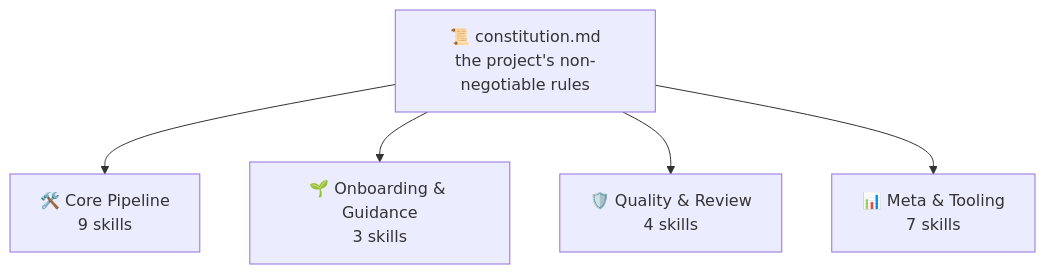
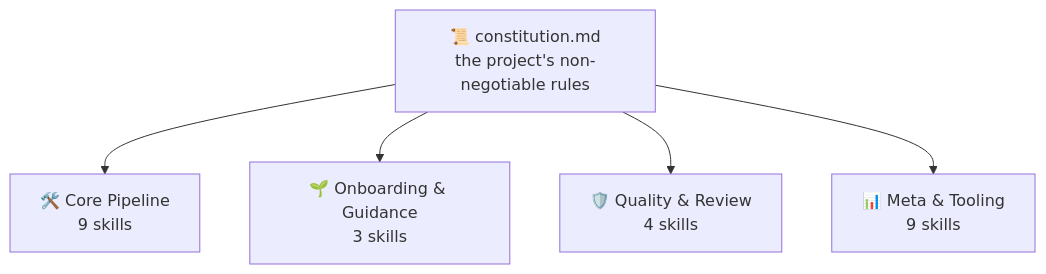
One commit to jonyfs/spec-jedi changed the first of 5 diagrams in README.md. Above: the diagram before and after it, drawn with Mermaid. The commit also changed other lines of this file, not shown here.

````diff
--- a/README.md
+++ b/README.md
@@ -41,7 +47,7 @@
 ```mermaid
 flowchart TD
     Const["📜 constitution.md<br/>the project's non-negotiable rules"] --> Core["🛠️ Core Pipeline<br/>9 skills"]
     Const --> Onboard["🌱 Onboarding & Guidance<br/>3 skills"]
     Const --> Quality["🛡️ Quality & Review<br/>4 skills"]
-    Const --> Meta["📊 Meta & Tooling<br/>7 skills"]
+    Const --> Meta["📊 Meta & Tooling<br/>9 skills"]
 ```
````
